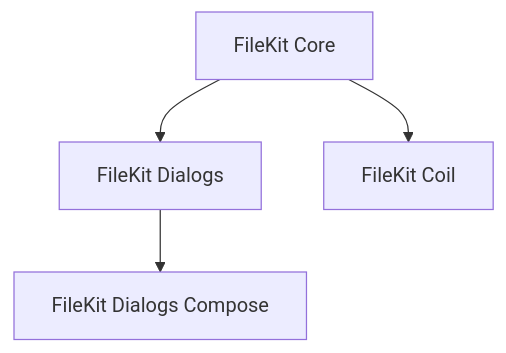
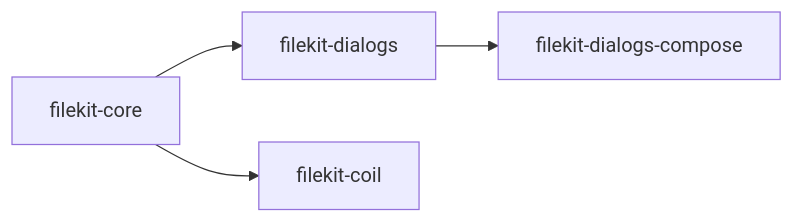
Before and after one commit to vinceglb/FileKit: the diagram in docs/introduction.mdx, drawn with Mermaid. The commit also changed other lines of this file and 20 other files, not shown here.

````diff
--- a/docs/introduction.mdx
+++ b/docs/introduction.mdx
@@ -150,6 +108,6 @@
 ```mermaid
-graph TD
-    A[FileKit Core] --> B[FileKit Dialogs]
-    B --> C[FileKit Dialogs Compose]
-    A --> E[FileKit Coil]
+graph LR
+    A[filekit-core] --> B[filekit-dialogs]
+    B --> C[filekit-dialogs-compose]
+    A --> D[filekit-coil]
 ```
````
